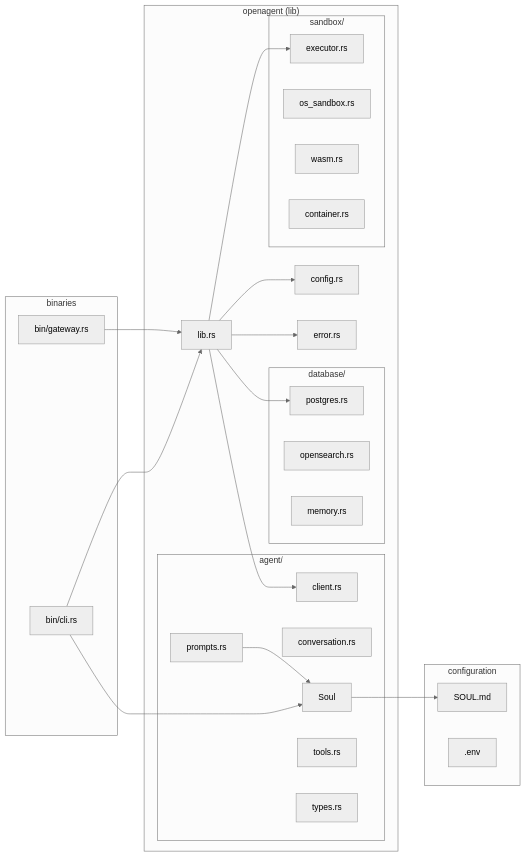
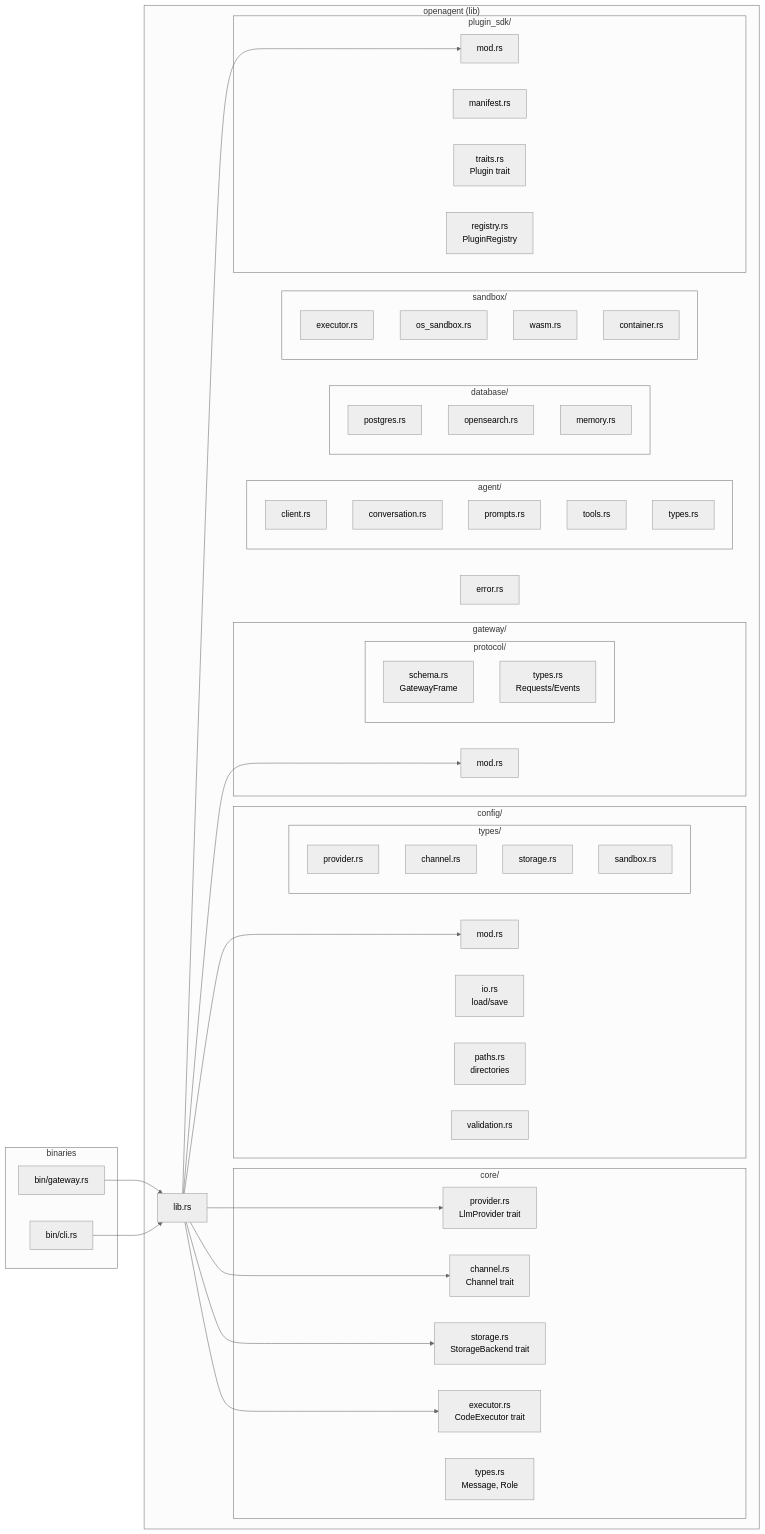
Before and after one commit to OpenTech-Lab/openagent: the third of 27 diagrams in docs/DESIGN.md, drawn with Mermaid (neutral theme). The commit also changed other lines of this file and 34 other files, not shown here.

First line of the commit message:
feat(gateway): introduce WebSocket-based control plane with protocol definitions

````diff
--- a/docs/DESIGN.md
+++ b/docs/DESIGN.md
@@ -108,52 +117,81 @@
 ```mermaid
 graph LR
     subgraph "openagent (lib)"
         LIB[lib.rs]
-        CFG[config.rs]
-        ERR[error.rs]
+
+        subgraph "core/"
+            PROV_TRAIT[provider.rs<br/>LlmProvider trait]
+            CHAN_TRAIT[channel.rs<br/>Channel trait]
+            STOR_TRAIT[storage.rs<br/>StorageBackend trait]
+            EXEC_TRAIT[executor.rs<br/>CodeExecutor trait]
+            CORE_TYPES[types.rs<br/>Message, Role]
+        end
+
+        subgraph "config/"
+            CFG_MOD[mod.rs]
+            CFG_IO[io.rs<br/>load/save]
+            CFG_PATHS[paths.rs<br/>directories]
+            CFG_VALID[validation.rs]
+            subgraph "types/"
+                CFG_PROV[provider.rs]
+                CFG_CHAN[channel.rs]
+                CFG_STOR[storage.rs]
+                CFG_SAND[sandbox.rs]
+            end
+        end
 
         subgraph "agent/"
             CLIENT[client.rs]
             CONV[conversation.rs]
             PROMPT[prompts.rs]
-            SOUL[Soul]
             TOOLS[tools.rs]
             TYPES[types.rs]
         end
 
         subgraph "database/"
             PG[postgres.rs]
             OSEARCH[opensearch.rs]
             MEM[memory.rs]
         end
 
         subgraph "sandbox/"
             EXEC[executor.rs]
             OSSB[os_sandbox.rs]
             WASM[wasm.rs]
             CONT[container.rs]
         end
+
+        subgraph "gateway/"
+            GW_MOD[mod.rs]
+            subgraph "protocol/"
+                SCHEMA[schema.rs<br/>GatewayFrame]
+                GW_TYPES[types.rs<br/>Requests/Events]
+            end
+        end
+
+        subgraph "plugin_sdk/"
+            PLUGIN_MOD[mod.rs]
+            MANIFEST[manifest.rs]
+            TRAITS[traits.rs<br/>Plugin trait]
+            REGISTRY[registry.rs<br/>PluginRegistry]
+        end
+
+        ERR[error.rs]
     end
 
     subgraph "binaries"
         GATEWAY[bin/gateway.rs]
         CLITOOL[bin/cli.rs]
     end
-    
-    subgraph "configuration"
-        SOULMD[SOUL.md]
-        ENVFILE[.env]
-    end
 
-    LIB --> CFG
-    LIB --> ERR
-    LIB --> CLIENT
-    LIB --> PG
-    LIB --> EXEC
-    PROMPT --> SOUL
-    SOUL --> SOULMD
+    LIB --> PROV_TRAIT
+    LIB --> CHAN_TRAIT
+    LIB --> STOR_TRAIT
+    LIB --> EXEC_TRAIT
+    LIB --> CFG_MOD
+    LIB --> PLUGIN_MOD
+    LIB --> GW_MOD
 
     GATEWAY --> LIB
     CLITOOL --> LIB
-    CLITOOL --> SOUL
 ```
````
